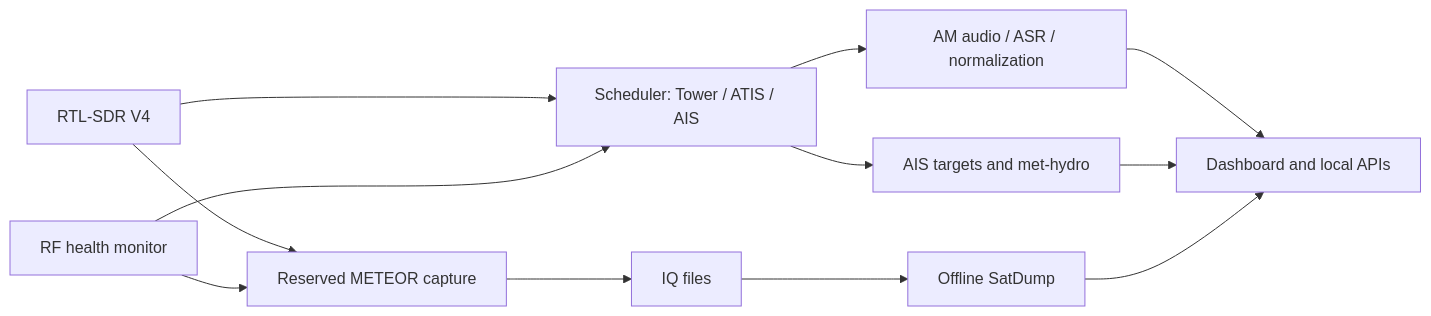
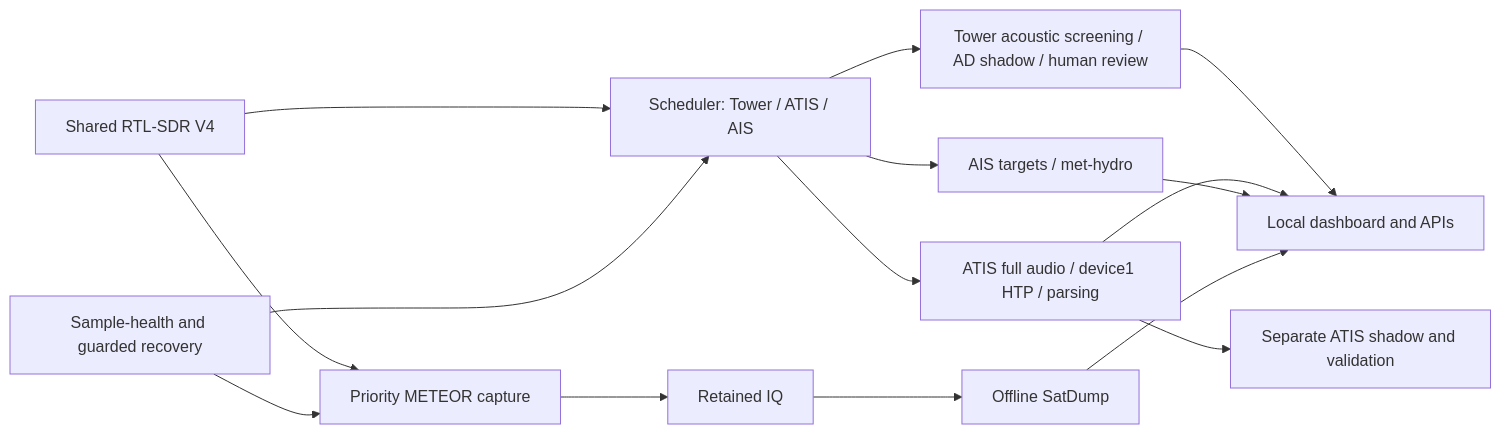
One commit to baljo/rf-watchkeeper-iq9075 changed the diagram in README.md. Above: the diagram before and after it, drawn with Mermaid. The commit also changed other lines of this file and 68 other files, not shown here.

````diff
--- a/README.md
+++ b/README.md
@@ -19,13 +19,16 @@
 ```mermaid
 flowchart LR
-    V4[RTL-SDR V4] --> J[Scheduler: Tower / ATIS / AIS]
-    V4 --> C[Reserved METEOR capture]
-    J --> A[AM audio / ASR / normalization]
-    J --> I[AIS targets and met-hydro]
-    C --> Q[IQ files] --> S[Offline SatDump]
-    A --> D[Dashboard and local APIs]
+    V4[Shared RTL-SDR V4] --> J[Scheduler: Tower / ATIS / AIS]
+    V4 --> C[Priority METEOR capture]
+    J --> T[Tower acoustic screening / AD shadow / human review]
+    J --> A[ATIS full audio / device1 HTP / parsing]
+    A --> S[Separate ATIS shadow and validation]
+    J --> I[AIS targets / met-hydro]
+    C --> Q[Retained IQ] --> M[Offline SatDump]
+    T --> D[Local dashboard and APIs]
+    A --> D
     I --> D
-    S --> D
-    H[RF health monitor] --> J
+    M --> D
+    H[Sample-health and guarded recovery] --> J
     H --> C
 ```
````
